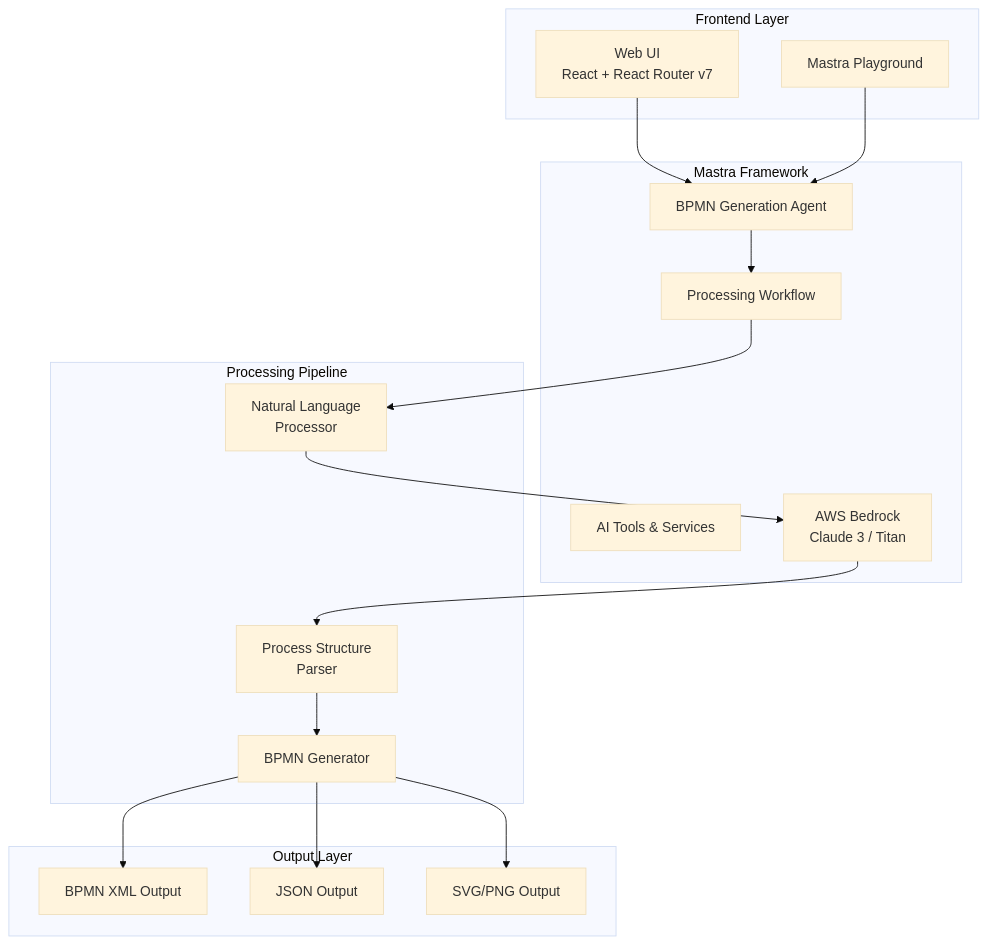
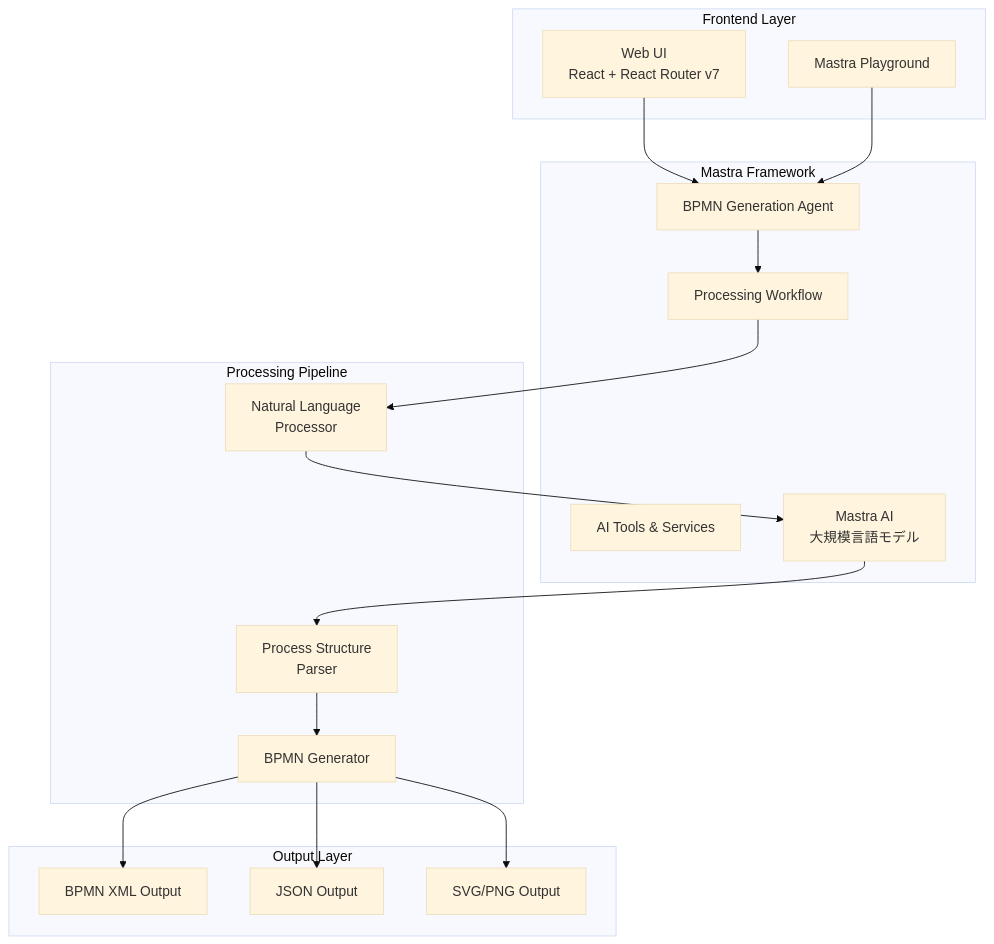
Before and after one commit to ignission/bpmn-generation-agent-mastra: the diagram in .kiro/specs/natural-language-to-bpmn/design.md, drawn with Mermaid (base theme). The commit also changed other lines of this file and 4 other files, not shown here.

````diff
--- a/.kiro/specs/natural-language-to-bpmn/design.md
+++ b/.kiro/specs/natural-language-to-bpmn/design.md
@@ -23,37 +22,37 @@
 ```mermaid
 graph TB
     subgraph "Frontend Layer"
         WebUI[Web UI<br/>React + React Router v7]
         Playground[Mastra Playground]
     end
     
     subgraph "Mastra Framework"
         Agent[BPMN Generation Agent]
         Workflow[Processing Workflow]
         Tools[AI Tools & Services]
-        Bedrock[AWS Bedrock<br/>Claude 3 / Titan]
+        AI[Mastra AI<br/>大規模言語モデル]
     end
     
     subgraph "Processing Pipeline"
         NLP[Natural Language<br/>Processor]
         Parser[Process Structure<br/>Parser]
         Generator[BPMN Generator]
     end
     
     subgraph "Output Layer"
         XMLOut[BPMN XML Output]
         JSONOut[JSON Output]
         ImageOut[SVG/PNG Output]
     end
     
     WebUI --> Agent
     Playground --> Agent
     Agent --> Workflow
     Workflow --> NLP
-    NLP --> Bedrock
-    Bedrock --> Parser
+    NLP --> AI
+    AI --> Parser
     Parser --> Generator
     Generator --> XMLOut
     Generator --> JSONOut
     Generator --> ImageOut
 ```
````
